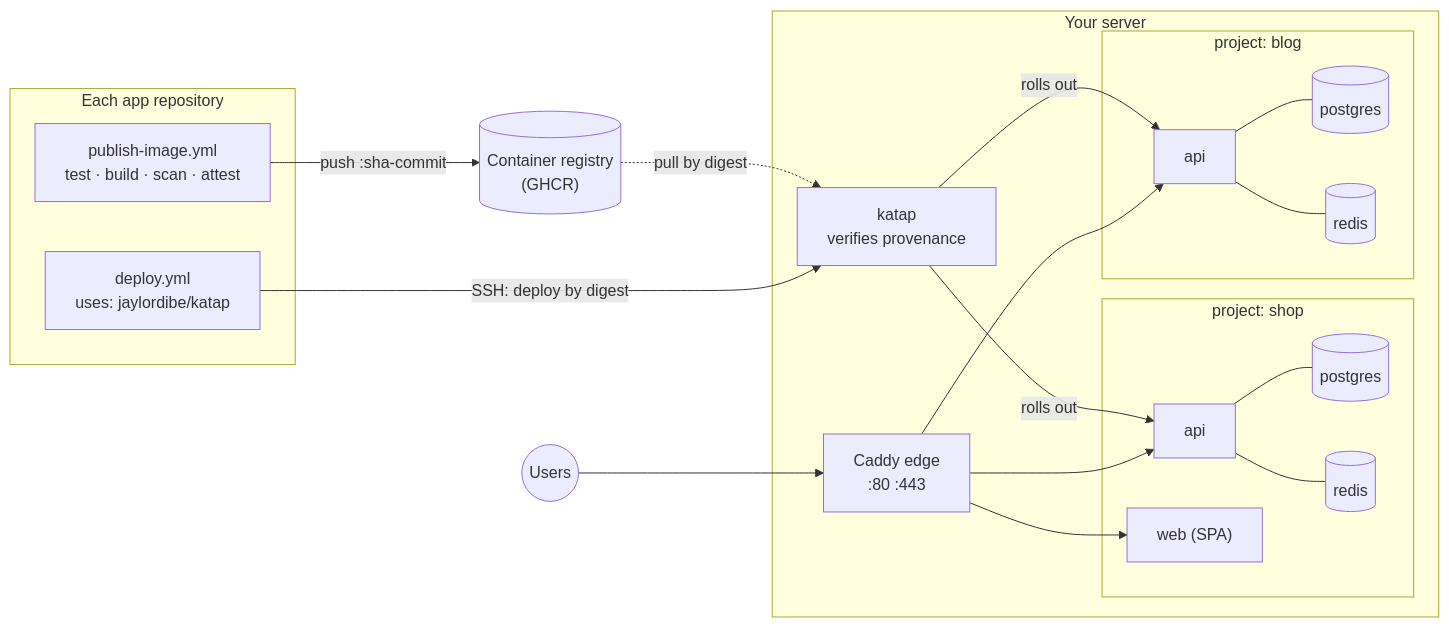
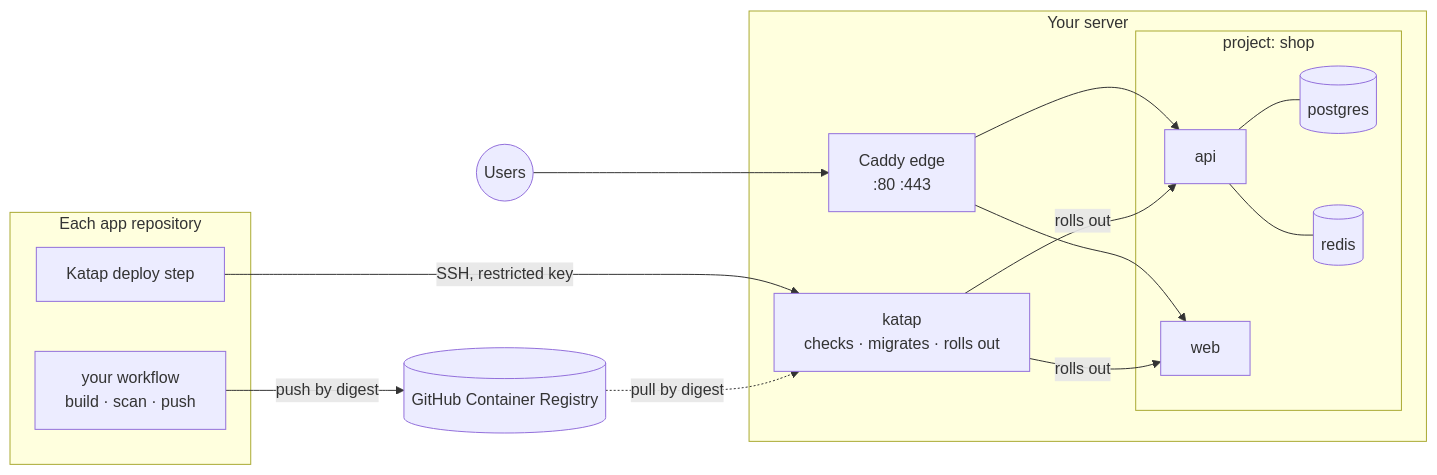
The diagram in README.md (jaylordibe/katap), drawn with Mermaid before and after one commit. The commit also changed other lines of this file and 29 other files, not shown here.

````diff
--- a/README.md
+++ b/README.md
@@ -473,27 +173,23 @@
 ```mermaid
 flowchart LR
     subgraph app["Each app repository"]
-        P["publish-image.yml<br/>test · build · scan · attest"]
-        D["deploy.yml<br/>uses: jaylordibe/katap"]
+        W["your workflow<br/>build · scan · push"]
+        S["Katap deploy step"]
     end
-    REG[("Container registry<br/>(GHCR)")]
+    REG[("GitHub Container Registry")]
     subgraph server["Your server"]
-        K["katap<br/>verifies provenance"]
+        K["katap<br/>checks · migrates · rolls out"]
         E["Caddy edge<br/>:80 :443"]
         subgraph A["project: shop"]
             A1["api"] --- A2[("postgres")]
             A1 --- A3[("redis")]
-            A4["web (SPA)"]
-        end
-        subgraph B["project: blog"]
-            B1["api"] --- B2[("postgres")]
-            B1 --- B3[("redis")]
+            A4["web"]
         end
     end
     U(("Users")) --> E
-    E --> A1 & A4 & B1
-    P -- "push :sha-commit" --> REG
-    D -- "SSH: deploy by digest" --> K
+    E --> A1 & A4
+    W -- "push by digest" --> REG
+    S -- "SSH, restricted key" --> K
     REG -. "pull by digest" .-> K
-    K -- "rolls out" --> A1 & B1
+    K -- "rolls out" --> A1 & A4
 ```
````
